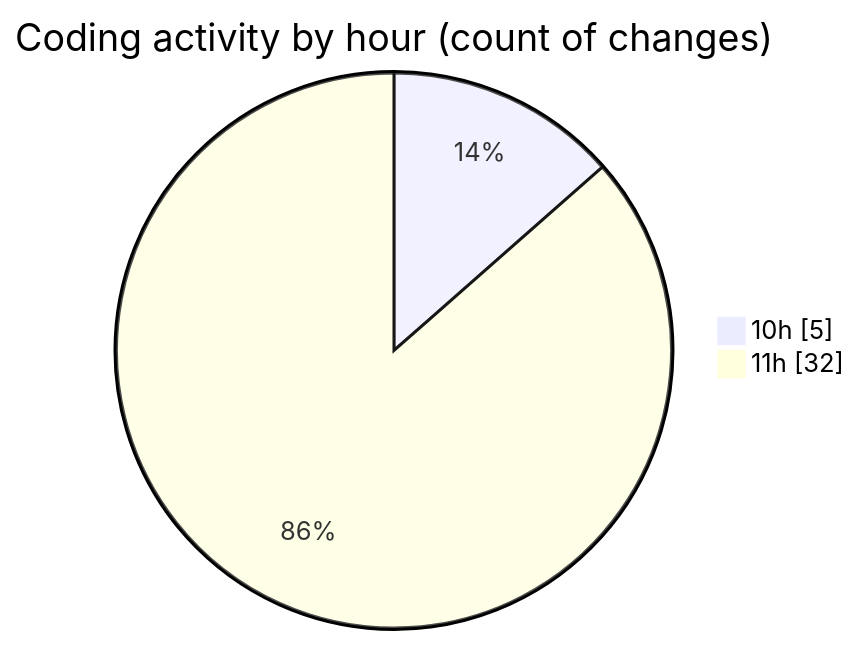
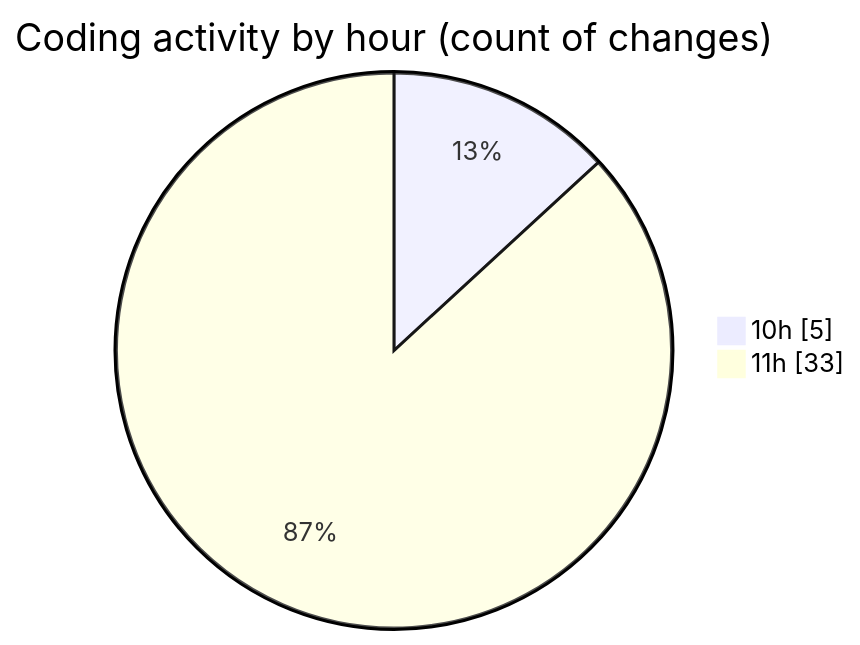
Before and after one commit to momahboobian/code-tracking: the second of 2 diagrams in 2025-07-07/cda/README.md, drawn with Mermaid. The commit also changed other lines of this file and 1 other file, not shown here.

````diff
--- a/2025-07-07/cda/README.md
+++ b/2025-07-07/cda/README.md
@@ -35,6 +35,6 @@
 ```mermaid
 pie showData
 title Coding activity by hour (count of changes)
 "10h" : 5
-"11h" : 32
+"11h" : 33
 ```
````
